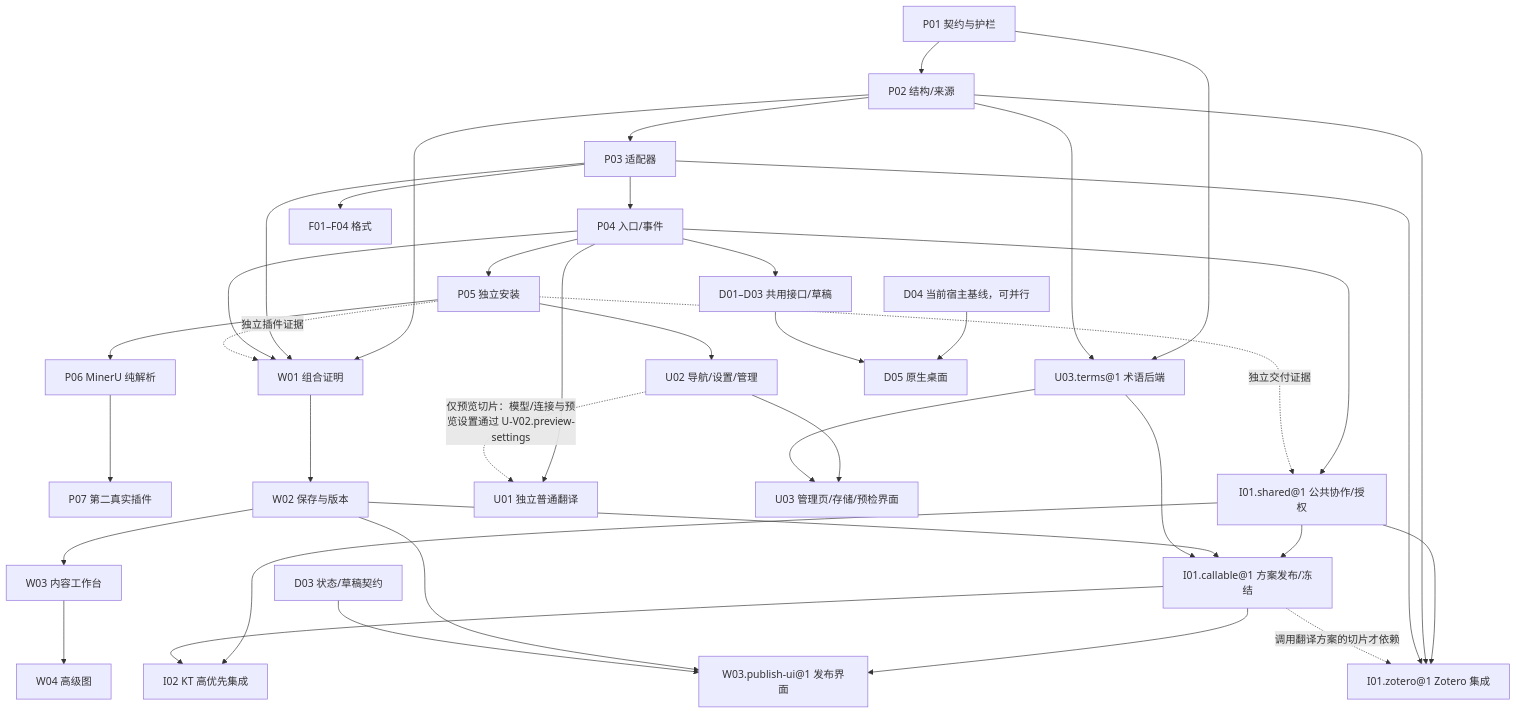
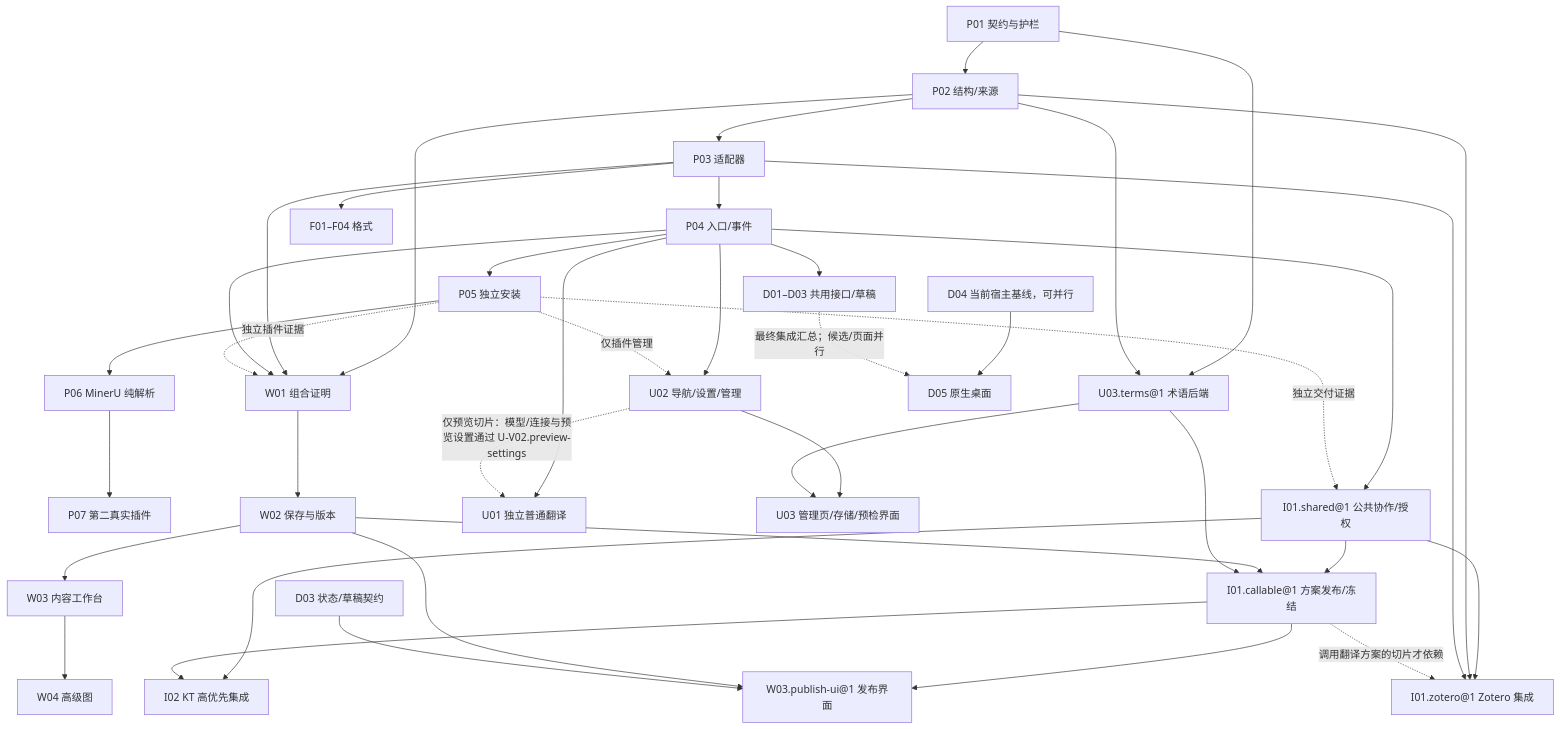
One commit to KongouAirlines/ivoraige changed the diagram in docs/plan/0.1.x/README.md. Above: the diagram before and after it, drawn with Mermaid. The commit also changed other lines of this file and 13 other files, not shown here.

Commit message:
docs: propose shared UI runtime and incremental delivery roadmap

````diff
--- a/docs/plan/0.1.x/README.md
+++ b/docs/plan/0.1.x/README.md
@@ -29,41 +31,42 @@
 ```mermaid
 flowchart TD
   P01["P01 契约与护栏"] --> P02["P02 结构/来源"]
   P02 --> P03["P03 适配器"]
   P03 --> P04["P04 入口/事件"]
   P04 --> P05["P05 独立安装"]
   P05 --> P06["P06 MinerU 纯解析"]
   P06 --> P07["P07 第二真实插件"]
   P02 --> W01["W01 组合证明"]
   P03 --> W01
   P04 --> W01
   P05 -. "独立插件证据" .-> W01
   W01 --> W02["W02 保存与版本"]
   W02 --> W03["W03 内容工作台"]
   W03 --> W04["W04 高级图"]
   P04 --> U01["U01 独立普通翻译"]
-  P05 --> U02["U02 导航/设置/管理"]
+  P04 --> U02["U02 导航/设置/管理"]
+  P05 -. "仅插件管理" .-> U02
   U02 -. "仅预览切片：模型/连接与预览设置通过 U-V02.preview-settings" .-> U01
   U02 --> U03["U03 管理页/存储/预检界面"]
   P03 --> Formats["F01–F04 格式"]
   P04 --> SharedAPI["I01.shared@1 公共协作/授权"]
   SharedAPI --> Callable["I01.callable@1 方案发布/冻结"]
   W02 --> Callable
   P01 --> Terms["U03.terms@1 术语后端"]
   P02 --> Terms
   Terms --> Callable
   Terms --> U03
   SharedAPI --> Zotero["I01.zotero@1 Zotero 集成"]
   P02 --> Zotero
   P03 --> Zotero
   Callable -. "调用翻译方案的切片才依赖" .-> Zotero
   SharedAPI --> I02["I02 KT 高优先集成"]
   Callable --> I02
   Callable --> PublishUI["W03.publish-ui@1 发布界面"]
   W02 --> PublishUI
   D03["D03 状态/草稿契约"] --> PublishUI
   P05 -. "独立交付证据" .-> SharedAPI
   D04["D04 当前宿主基线，可并行"] --> D05["D05 原生桌面"]
   P04 --> Desktop["D01–D03 共用接口/草稿"]
-  Desktop --> D05
+  Desktop -. "最终集成汇总；候选/页面并行" .-> D05
 ```
````
